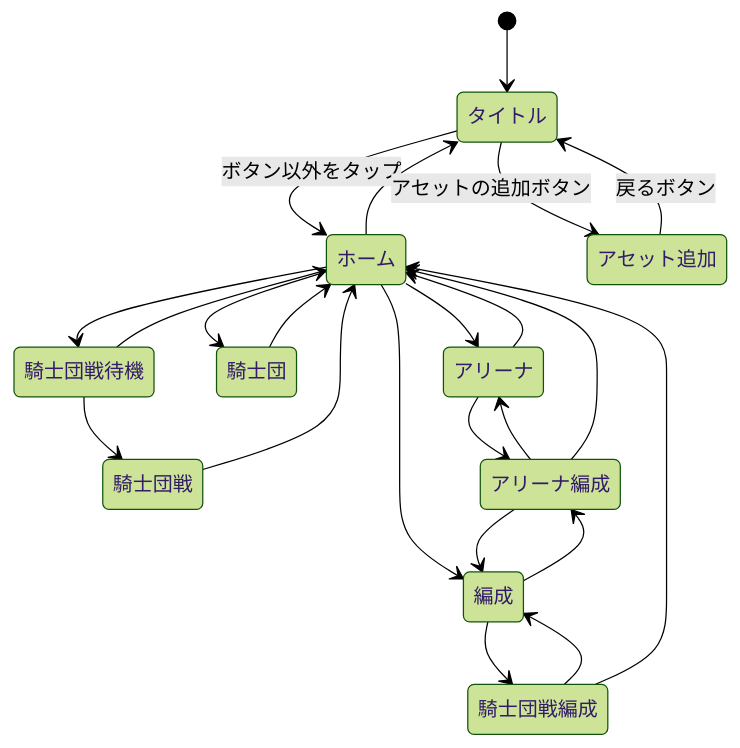
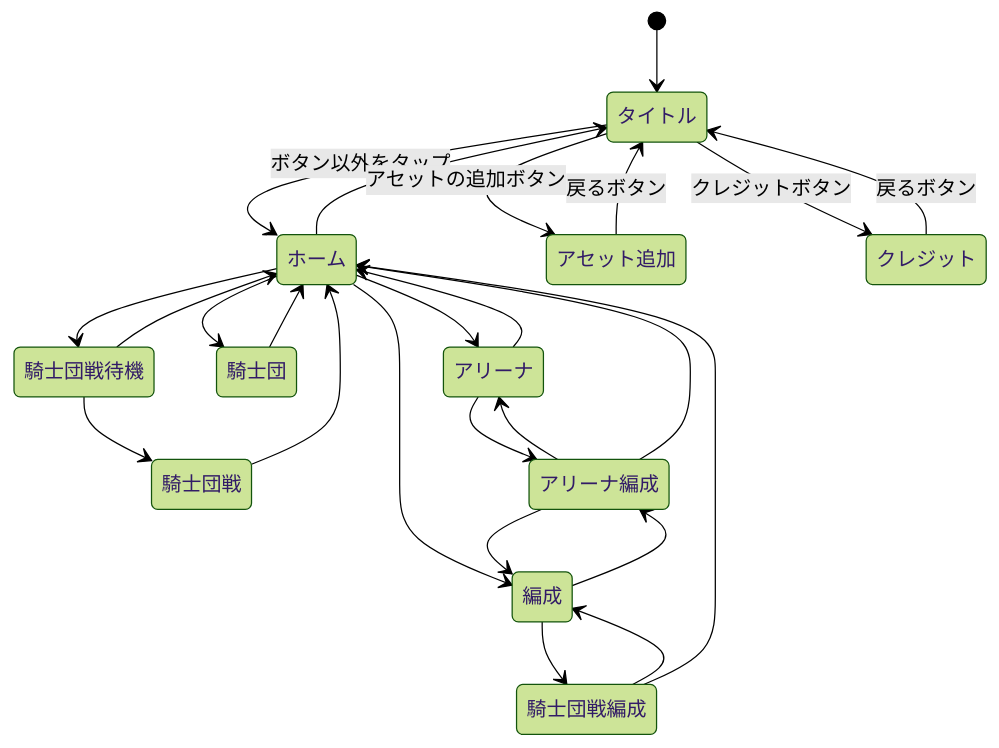
Before and after one commit to ReHydrangeaOdyssey/Specifications: the diagram in design/client/scene_transition.md, drawn with Mermaid (forest theme). The commit also changed other lines of this file and 8 other files, not shown here.

````diff
--- a/design/client/scene_transition.md
+++ b/design/client/scene_transition.md
@@ -5,29 +5,31 @@
 ```mermaid
 stateDiagram-v2
     [*] --> タイトル
     タイトル --> ホーム: ボタン以外をタップ
     タイトル --> アセット追加: アセットの追加ボタン
+    タイトル --> クレジット: クレジットボタン
+    クレジット --> タイトル: 戻るボタン
     アセット追加 --> タイトル: 戻るボタン
     ホーム --> タイトル
     ホーム --> 騎士団戦待機
     ホーム --> 騎士団
     ホーム --> アリーナ
     ホーム --> 編成
 
     アリーナ --> ホーム
     騎士団 --> ホーム
     騎士団戦 --> ホーム
 
     騎士団戦待機  --> 騎士団戦
     騎士団戦待機 --> ホーム
 
     編成 --> 騎士団戦編成
     騎士団戦編成 --> 編成
     騎士団戦編成 --> ホーム
 
     編成 --> アリーナ編成
     アリーナ編成 --> 編成
     アリーナ編成 --> アリーナ
     アリーナ編成 --> ホーム
     アリーナ --> アリーナ編成
 ```
````
